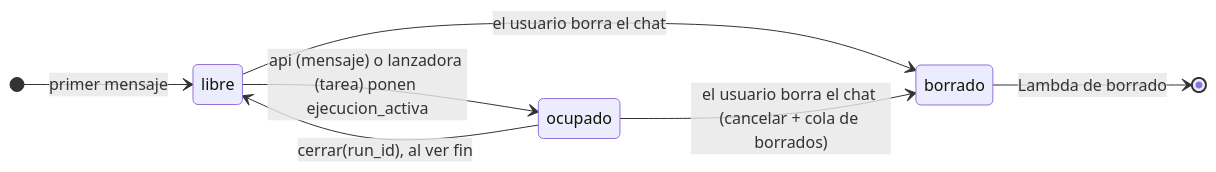
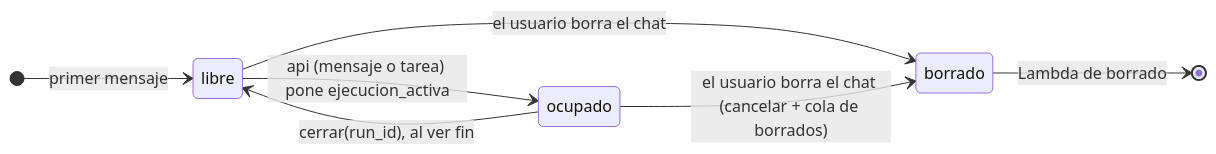
Before and after one commit to ikermendi/sample-agent-platform-with-agentcore: the fifth of 9 diagrams in docs/arquitectura-agentes.md, drawn with Mermaid. The commit also changed other lines of this file and 6 other files, not shown here.

````diff
--- a/docs/arquitectura-agentes.md
+++ b/docs/arquitectura-agentes.md
@@ -568,10 +590,10 @@
 ```mermaid
 stateDiagram-v2
   direction LR
   [*] --> libre : primer mensaje
-  libre --> ocupado : api (mensaje) o lanzadora (tarea) ponen ejecucion_activa
+  libre --> ocupado : api (mensaje o tarea) pone ejecucion_activa
   ocupado --> libre : cerrar(run_id), al ver fin
   libre --> borrado : el usuario borra el chat
   ocupado --> borrado : el usuario borra el chat (cancelar + cola de borrados)
   borrado --> [*] : Lambda de borrado
 ```
````
